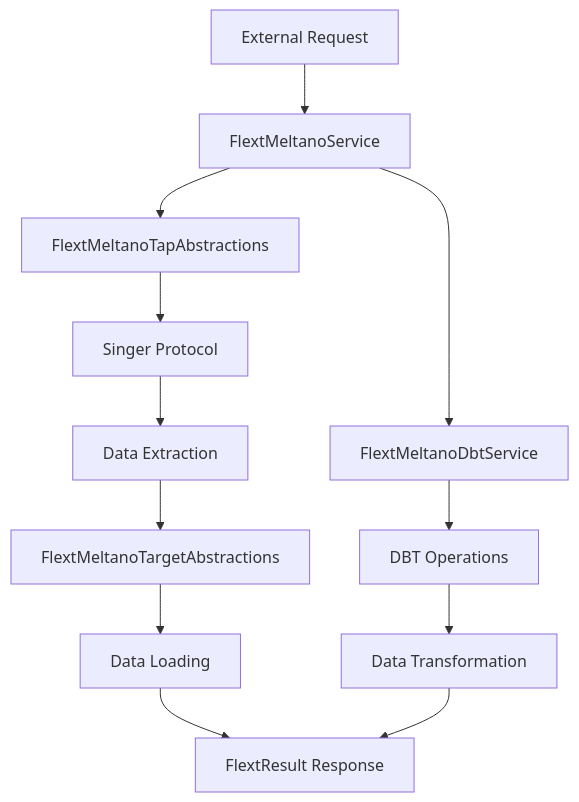
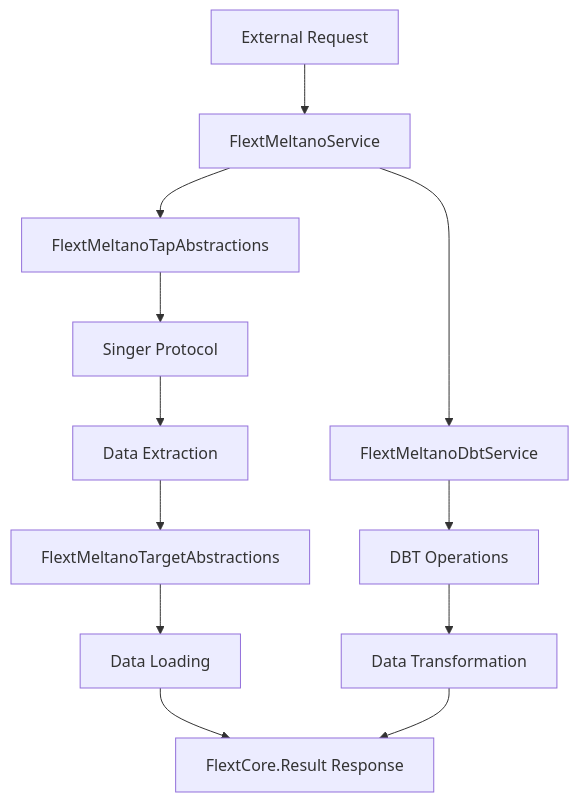
The first of 2 diagrams in docs/architecture.md (flext-sh/flext-meltano), drawn with Mermaid before and after one commit. The commit also changed other lines of this file and 90 other files, not shown here.

````diff
--- a/docs/architecture.md
+++ b/docs/architecture.md
@@ -97,15 +97,15 @@
 ```mermaid
 graph TD
     A[External Request] --> B[FlextMeltanoService]
     B --> C[FlextMeltanoTapAbstractions]
     C --> D[Singer Protocol]
     D --> E[Data Extraction]
     E --> F[FlextMeltanoTargetAbstractions]
     F --> G[Data Loading]
-    G --> H[FlextResult Response]
+    G --> H[FlextCore.Result Response]
 
     B --> I[FlextMeltanoDbtService]
     I --> J[DBT Operations]
     J --> K[Data Transformation]
     K --> H
 ```
````
